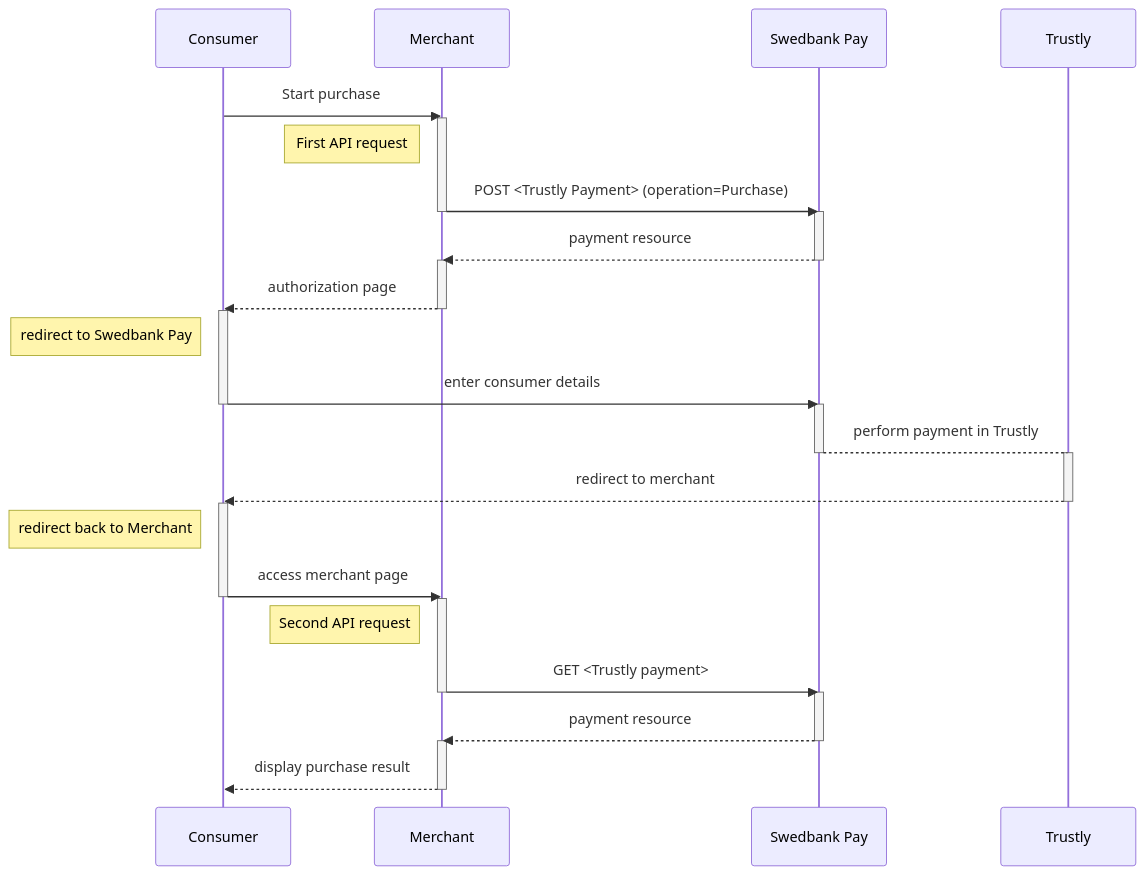
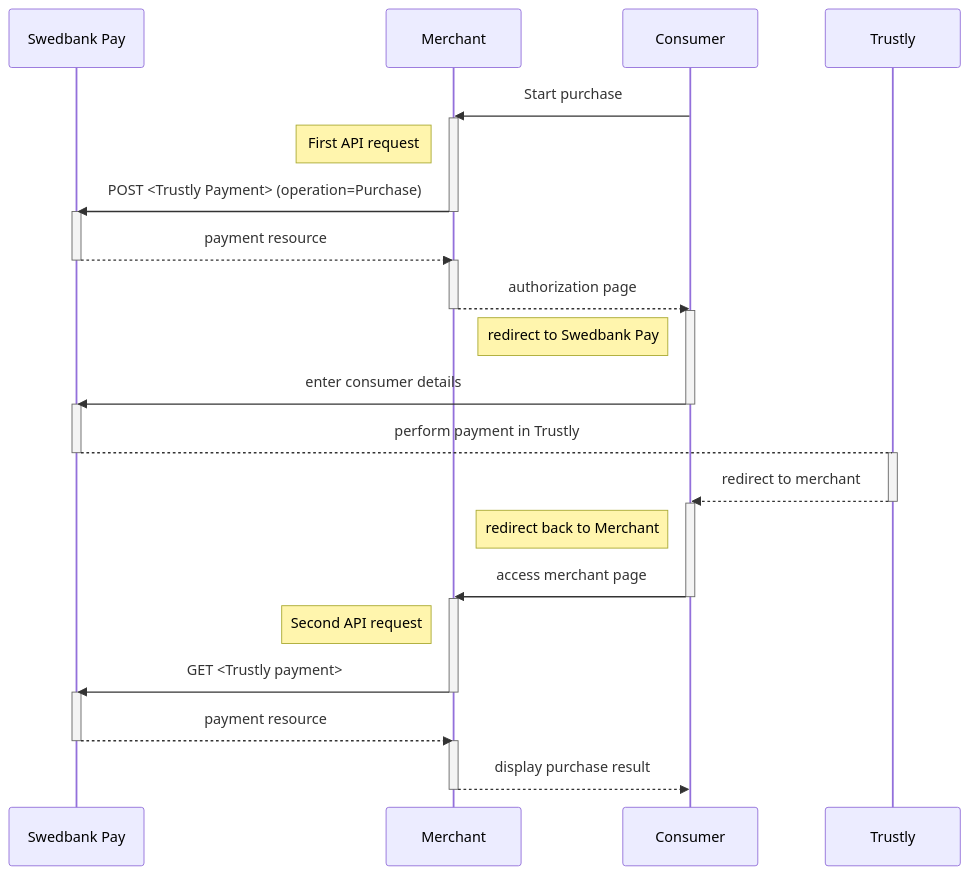
Before and after one commit to SwedbankPay/developer.swedbankpay.com: the diagram in payments/trustly/redirect.md, drawn with Mermaid. The commit also changed other lines of this file and 4 other files, not shown here.

Commit message:
removed capture, invoice. Corrected seq diagram

````diff
--- a/payments/trustly/redirect.md
+++ b/payments/trustly/redirect.md
@@ -188,28 +185,33 @@
 ```mermaid
 sequenceDiagram
+    participant SwedbankPay as Swedbank Pay
+    participant Merchant
+    participant Consumer
+    participant Trustly
+
     Consumer->>Merchant: Start purchase
     activate Merchant
     note left of Merchant: First API request
-    Merchant->>-Swedbank Pay: POST <Trustly Payment> (operation=Purchase)
-    activate Swedbank Pay
-    Swedbank Pay-->>-Merchant: payment resource
+    Merchant->>-SwedbankPay: POST <Trustly Payment> (operation=Purchase)
+    activate SwedbankPay
+    SwedbankPay-->>-Merchant: payment resource
     activate Merchant
     Merchant-->>-Consumer: authorization page
     activate Consumer
     note left of Consumer: redirect to Swedbank Pay
-    Consumer->>-Swedbank Pay: enter consumer details
-    activate Swedbank Pay
-    Swedbank Pay-->-Trustly: perform payment in Trustly
+    Consumer->>-SwedbankPay: enter consumer details
+    activate SwedbankPay
+    SwedbankPay-->-Trustly: perform payment in Trustly
     activate Trustly
     Trustly-->>-Consumer: redirect to merchant
     activate Consumer
     note left of Consumer: redirect back to Merchant
     Consumer->>-Merchant: access merchant page
     activate Merchant
     note left of Merchant: Second API request
-    Merchant->>-Swedbank Pay: GET <Trustly payment>
-    activate Swedbank Pay
-    Swedbank Pay-->>-Merchant: payment resource
+    Merchant->>-SwedbankPay: GET <Trustly payment>
+    activate SwedbankPay
+    SwedbankPay-->>-Merchant: payment resource
     activate Merchant
     Merchant-->>-Consumer: display purchase result
 ```
````
